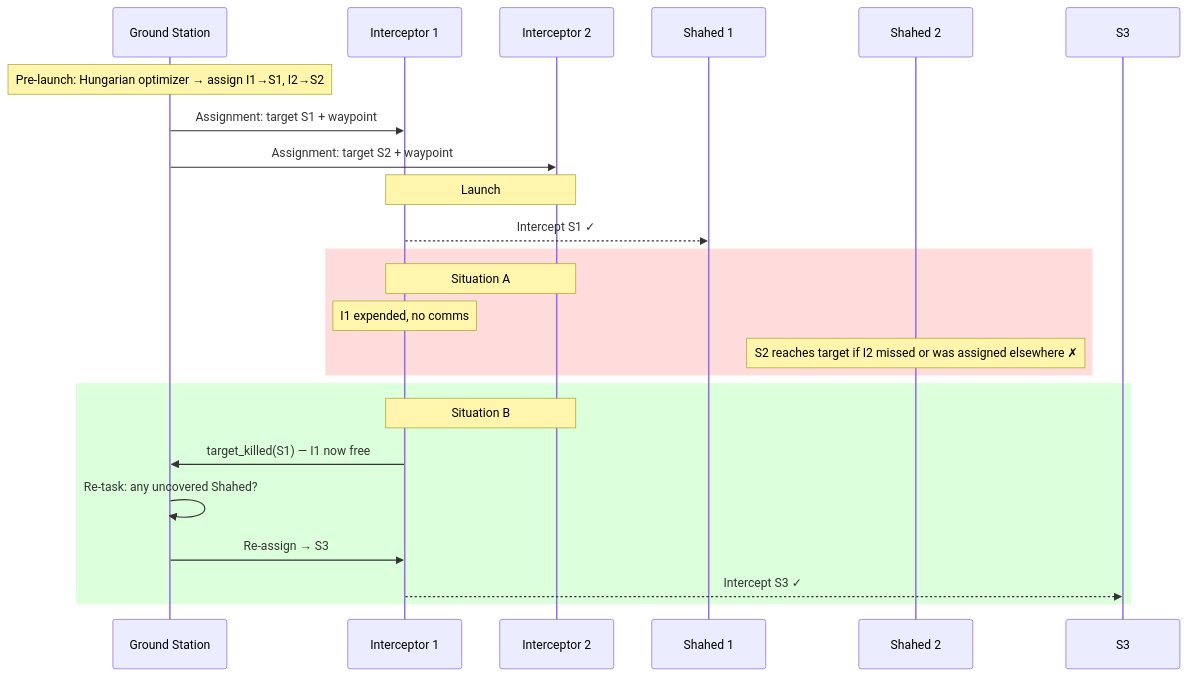
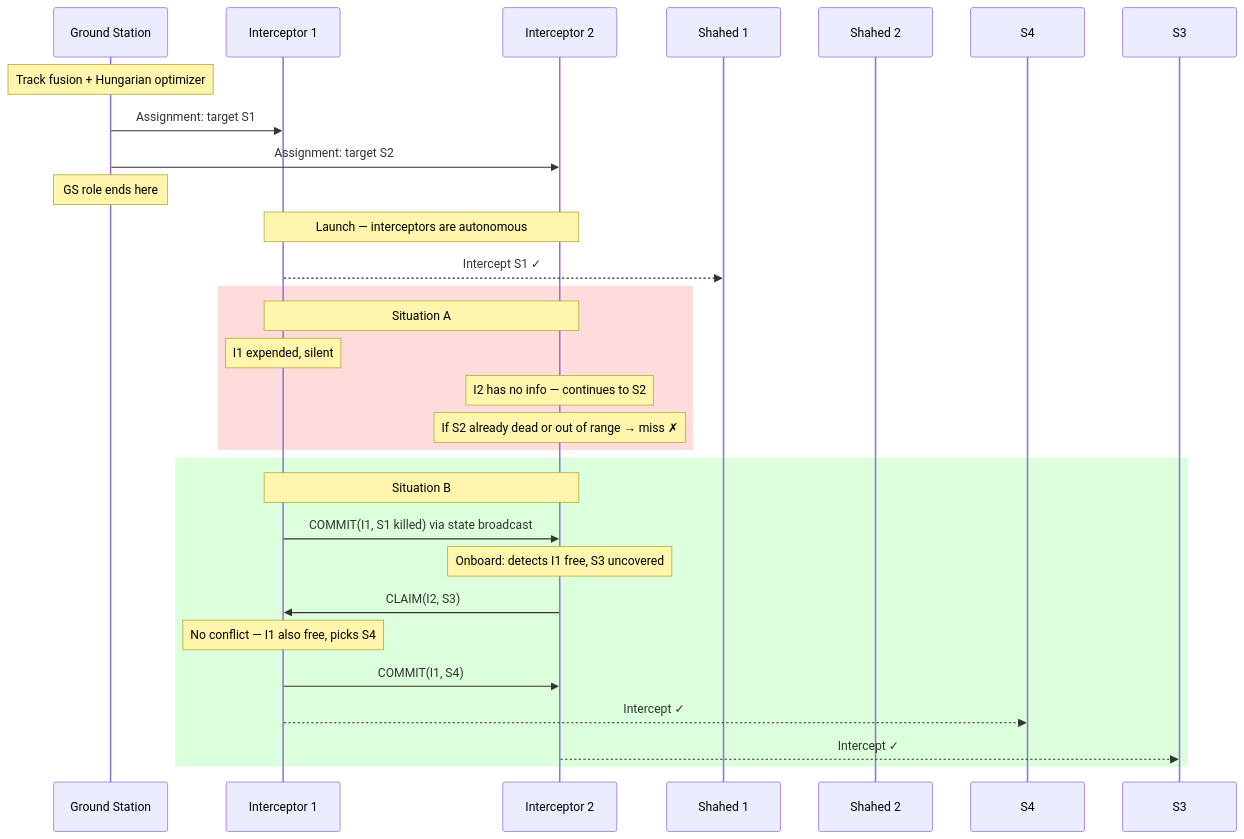
The third of 4 diagrams in docs/architecture.md (marcellobardus/EDTH_Paris), drawn with Mermaid before and after one commit. The commit also changed other lines of this file and 1 other file, not shown here.

````diff
--- a/docs/architecture.md
+++ b/docs/architecture.md
@@ -78,30 +84,35 @@
 ```mermaid
 sequenceDiagram
     participant GS as Ground Station
     participant I1 as Interceptor 1
     participant I2 as Interceptor 2
     participant S1 as Shahed 1
     participant S2 as Shahed 2
 
-    Note over GS: Pre-launch: Hungarian optimizer → assign I1→S1, I2→S2
-    GS->>I1: Assignment: target S1 + waypoint
-    GS->>I2: Assignment: target S2 + waypoint
+    Note over GS: Track fusion + Hungarian optimizer
+    GS->>I1: Assignment: target S1
+    GS->>I2: Assignment: target S2
+    Note over GS: GS role ends here
 
-    Note over I1,I2: Launch
+    Note over I1,I2: Launch — interceptors are autonomous
 
     I1-->>S1: Intercept S1 ✓
 
     rect rgb(255,220,220)
         Note over I1,I2: Situation A
-        Note over I1: I1 expended, no comms
-        Note over S2: S2 reaches target if I2 missed or was assigned elsewhere ✗
+        Note over I1: I1 expended, silent
+        Note over I2: I2 has no info — continues to S2
+        Note over I2: If S2 already dead or out of range → miss ✗
     end
 
     rect rgb(220,255,220)
         Note over I1,I2: Situation B
-        I1->>GS: target_killed(S1) — I1 now free
-        GS->>GS: Re-task: any uncovered Shahed?
-        GS->>I1: Re-assign → S3
-        I1-->>S3: Intercept S3 ✓
+        I1->>I2: COMMIT(I1, S1 killed) via state broadcast
+        Note over I2: Onboard: detects I1 free, S3 uncovered
+        I2->>I1: CLAIM(I2, S3)
+        Note over I1: No conflict — I1 also free, picks S4
+        I1->>I2: COMMIT(I1, S4)
+        I1-->>S4: Intercept ✓
+        I2-->>S3: Intercept ✓
     end
 ```
````
